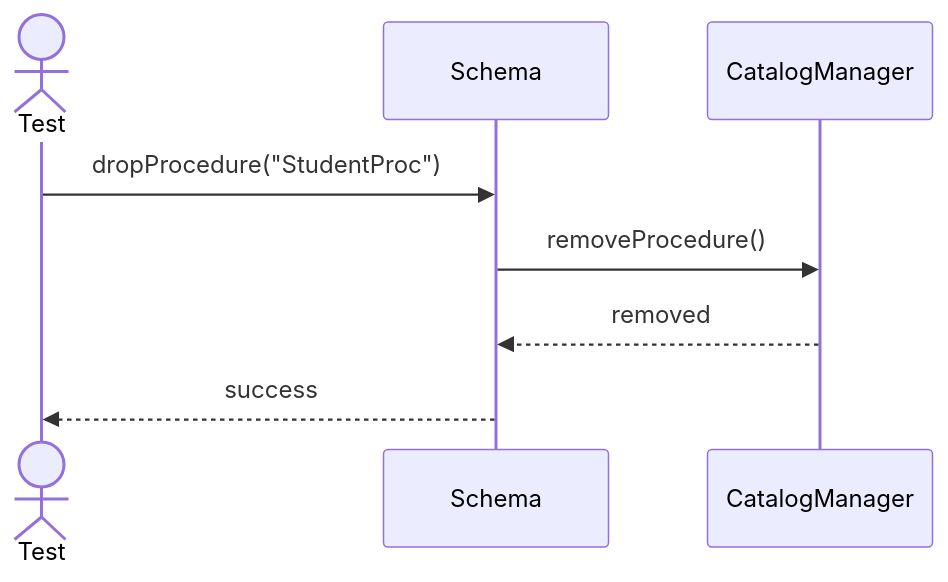
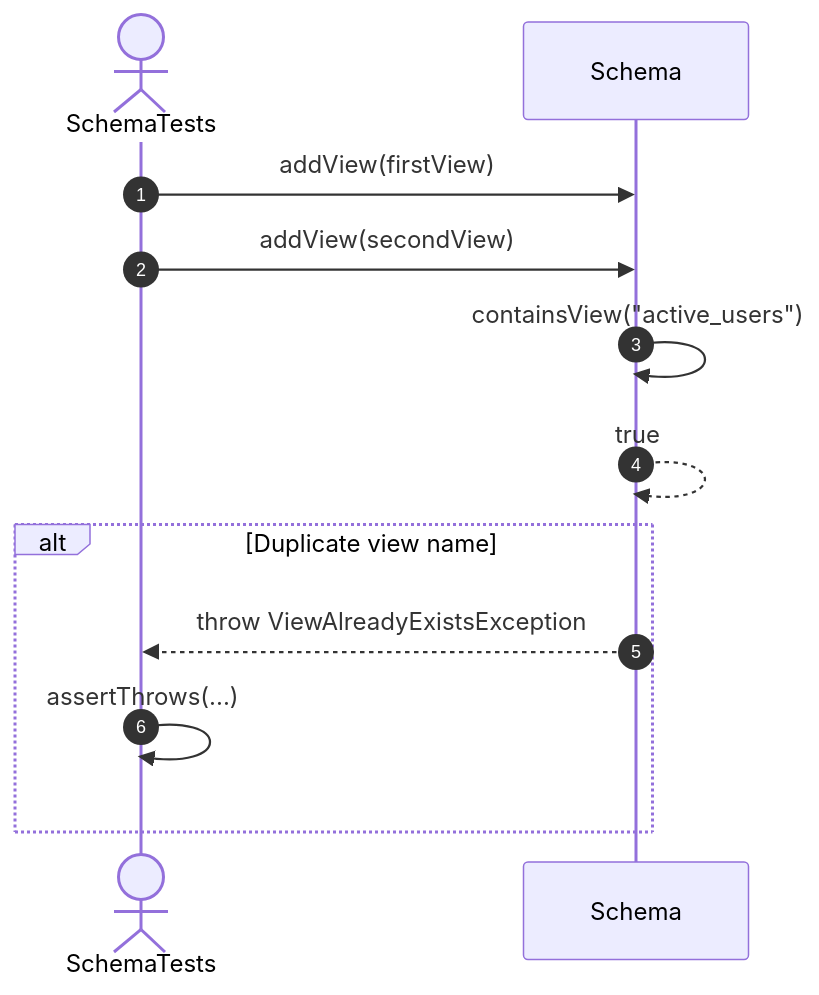
Diagram 12 of 15 in src/tests/unit/metadata/sequences/schemas-testing-sequences.md (FhuAnn/-bbv-AN-s-DBMS), drawn with Mermaid before and after one commit. The commit also changed other lines of this file and 60 other files, not shown here.

````diff
--- a/src/tests/unit/metadata/sequences/schemas-testing-sequences.md
+++ b/src/tests/unit/metadata/sequences/schemas-testing-sequences.md
@@ -360,11 +217,16 @@
 ```mermaid
 sequenceDiagram
-actor Test
-participant Schema
-participant CatalogManager
+    autonumber
+    actor Test as SchemaTests
+    participant Schema as Schema
 
-Test->>Schema: dropProcedure("StudentProc")
-Schema->>CatalogManager: removeProcedure()
-CatalogManager-->>Schema: removed
-Schema-->>Test: success
+    Test->>Schema: addView(firstView)
+    Test->>Schema: addView(secondView)
+    Schema->>Schema: containsView("active_users")
+    Schema-->>Schema: true
+
+    alt Duplicate view name
+        Schema-->>Test: throw ViewAlreadyExistsException
+        Test->>Test: assertThrows(...)
+    end
 ```
````
